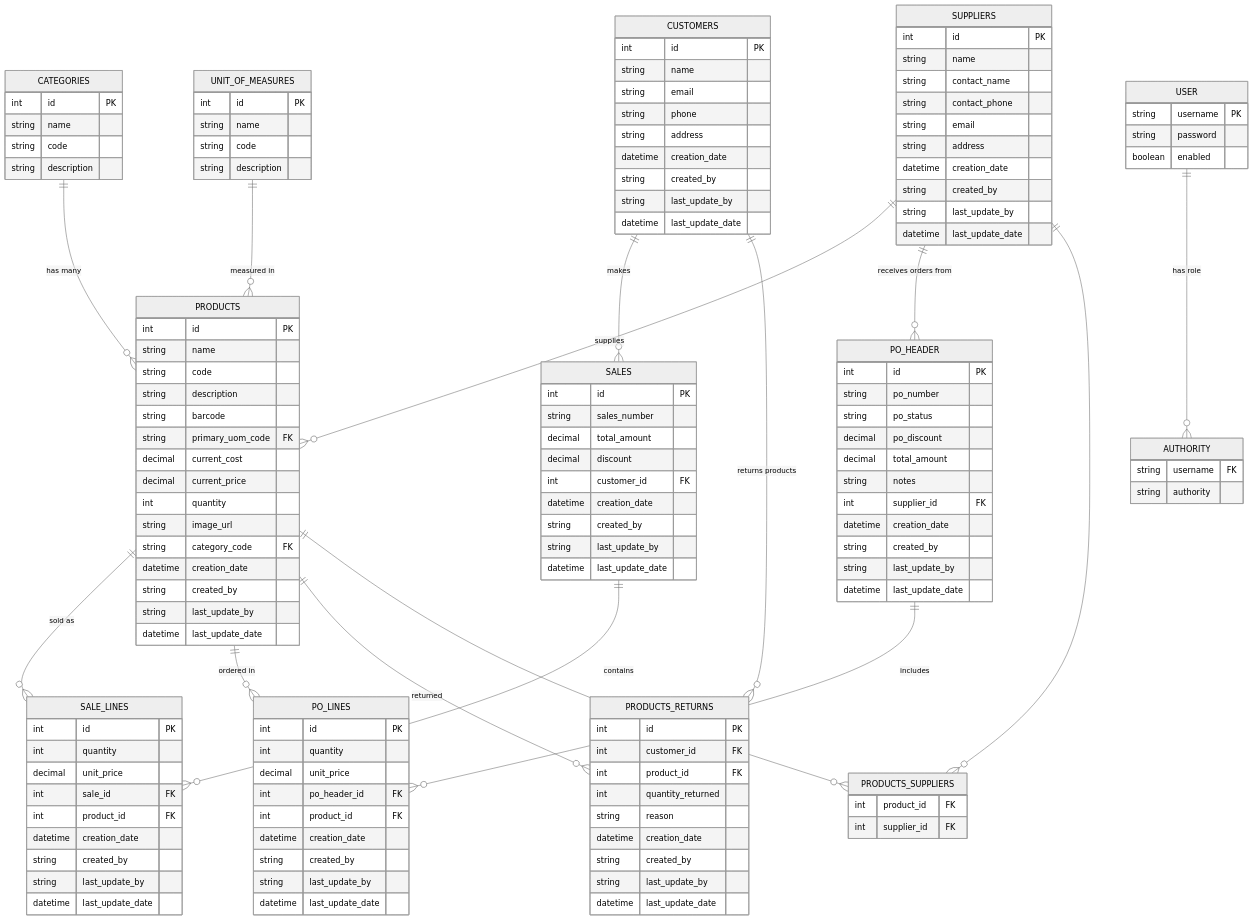
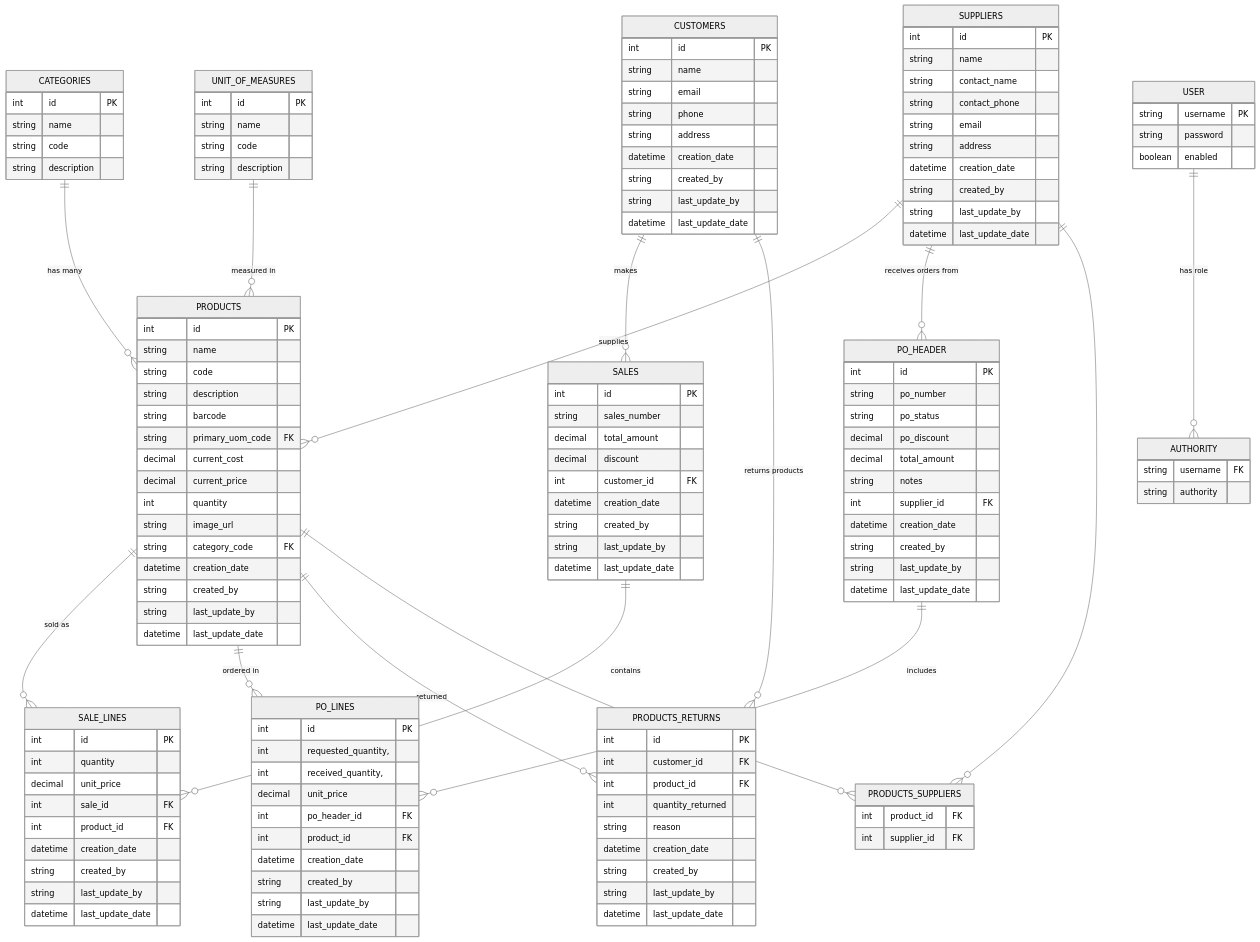
The diagram in diagrams/erd-v1.mermaid (box-quarrel/Inventario-Backend), drawn with Mermaid (neutral theme) before and after one commit. The commit also changed 47 other files, not shown here.

```diff
--- a/diagrams/erd-v1.mermaid
+++ b/diagrams/erd-v1.mermaid
@@ -1,150 +1,151 @@
 erDiagram
     PRODUCTS {
         int id PK
         string name
         string code
         string description
         string barcode
         string primary_uom_code FK
         decimal current_cost
         decimal current_price
         int quantity
         string image_url
         string category_code FK
         datetime creation_date
         string created_by
         string last_update_by
         datetime last_update_date
     }
 
     CATEGORIES {
         int id PK
         string name
         string code
         string description
     }
 
     UNIT_OF_MEASURES {
         int id PK
         string name
         string code
         string description
     }
 
     SALES {
         int id PK
         string sales_number
         decimal total_amount
         decimal discount
         int customer_id FK
         datetime creation_date
         string created_by
         string last_update_by
         datetime last_update_date
     }
 
     SALE_LINES {
         int id PK
         int quantity
         decimal unit_price
         int sale_id FK
         int product_id FK
         datetime creation_date
         string created_by
         string last_update_by
         datetime last_update_date
     }
 
     PO_HEADER {
         int id PK
         string po_number
         string po_status
         decimal po_discount
         decimal total_amount
         string notes
         int supplier_id FK
         datetime creation_date
         string created_by
         string last_update_by
         datetime last_update_date
     }
 
     PO_LINES {
         int id PK
-        int quantity
+        int requested_quantity,
+        int received_quantity,
         decimal unit_price
         int po_header_id FK
         int product_id FK
         datetime creation_date
         string created_by
         string last_update_by
         datetime last_update_date
     }
 
     PRODUCTS_RETURNS {
         int id PK
         int customer_id FK
         int product_id FK
         int quantity_returned
         string reason
         datetime creation_date
         string created_by
         string last_update_by
         datetime last_update_date
     }
 
     CUSTOMERS {
         int id PK
         string name
         string email
         string phone
         string address
         datetime creation_date
         string created_by
         string last_update_by
         datetime last_update_date
     }
 
     SUPPLIERS {
         int id PK
         string name
         string contact_name
         string contact_phone
         string email
         string address
         datetime creation_date
         string created_by
         string last_update_by
         datetime last_update_date
     }
 
     PRODUCTS_SUPPLIERS {
         int product_id FK
         int supplier_id FK
     }
 
     USER {
         string username PK
         string password
         boolean enabled
     }
 
     AUTHORITY {
         string username FK
         string authority
     }
 
     CATEGORIES ||--o{ PRODUCTS: "has many"
     UNIT_OF_MEASURES ||--o{ PRODUCTS: "measured in"
     PRODUCTS ||--o{ SALE_LINES: "sold as"
     SALES ||--o{ SALE_LINES: "contains"
     CUSTOMERS ||--o{ SALES: "makes"
     SUPPLIERS ||--o{ PRODUCTS: "supplies"
     SUPPLIERS ||--o{ PO_HEADER: "receives orders from"
     PO_HEADER ||--o{ PO_LINES: "includes"
     PRODUCTS ||--o{ PO_LINES: "ordered in"
     CUSTOMERS ||--o{ PRODUCTS_RETURNS: "returns products"
     PRODUCTS ||--o{ PRODUCTS_RETURNS: "returned"
     USER ||--o{ AUTHORITY: "has role"
     PRODUCTS ||--o{ PRODUCTS_SUPPLIERS: ""
     SUPPLIERS ||--o{ PRODUCTS_SUPPLIERS: ""
```
